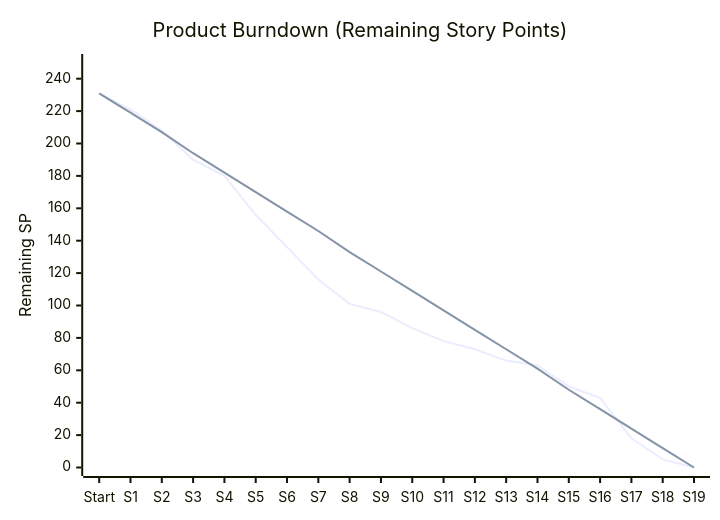
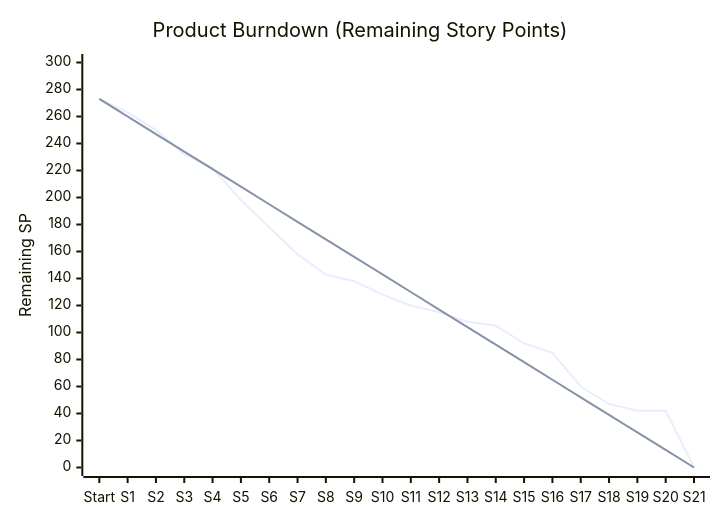
The third of 5 diagrams in documentation/sprint_analysis.md (BenoitGoethals/WarriorFit), drawn with Mermaid before and after one commit. The commit also changed other lines of this file, not shown here.

````diff
--- a/documentation/sprint_analysis.md
+++ b/documentation/sprint_analysis.md
@@ -126,8 +131,8 @@
 ```mermaid
 xychart-beta
     title "Product Burndown (Remaining Story Points)"
-    x-axis ["Start", "S1", "S2", "S3", "S4", "S5", "S6", "S7", "S8", "S9", "S10", "S11", "S12", "S13", "S14", "S15", "S16", "S17", "S18", "S19"]
-    y-axis "Remaining SP" 0 --> 250
-    line [231, 221, 208, 190, 180, 156, 136, 116, 101, 96, 86, 78, 73, 66, 63, 50, 43, 18, 5, 0]
-    line [231, 219, 207, 194, 182, 170, 158, 146, 133, 121, 109, 97, 85, 73, 61, 48, 36, 24, 12, 0]
+    x-axis ["Start", "S1", "S2", "S3", "S4", "S5", "S6", "S7", "S8", "S9", "S10", "S11", "S12", "S13", "S14", "S15", "S16", "S17", "S18", "S19", "S20", "S21"]
+    y-axis "Remaining SP" 0 --> 300
+    line [273, 263, 250, 232, 222, 198, 178, 158, 143, 138, 128, 120, 115, 108, 105, 92, 85, 60, 47, 42, 42, 0]
+    line [273, 260, 247, 234, 221, 208, 195, 182, 169, 156, 143, 130, 117, 104, 91, 78, 65, 52, 39, 26, 13, 0]
 ```
````
